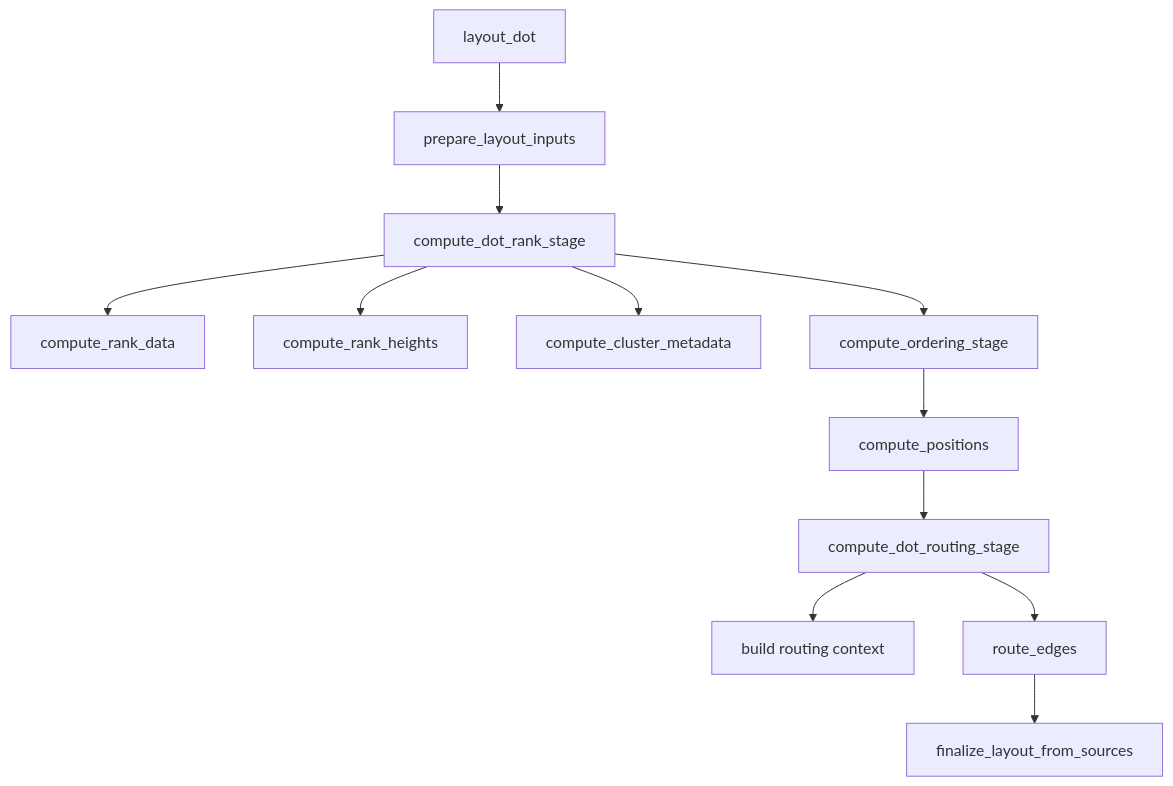
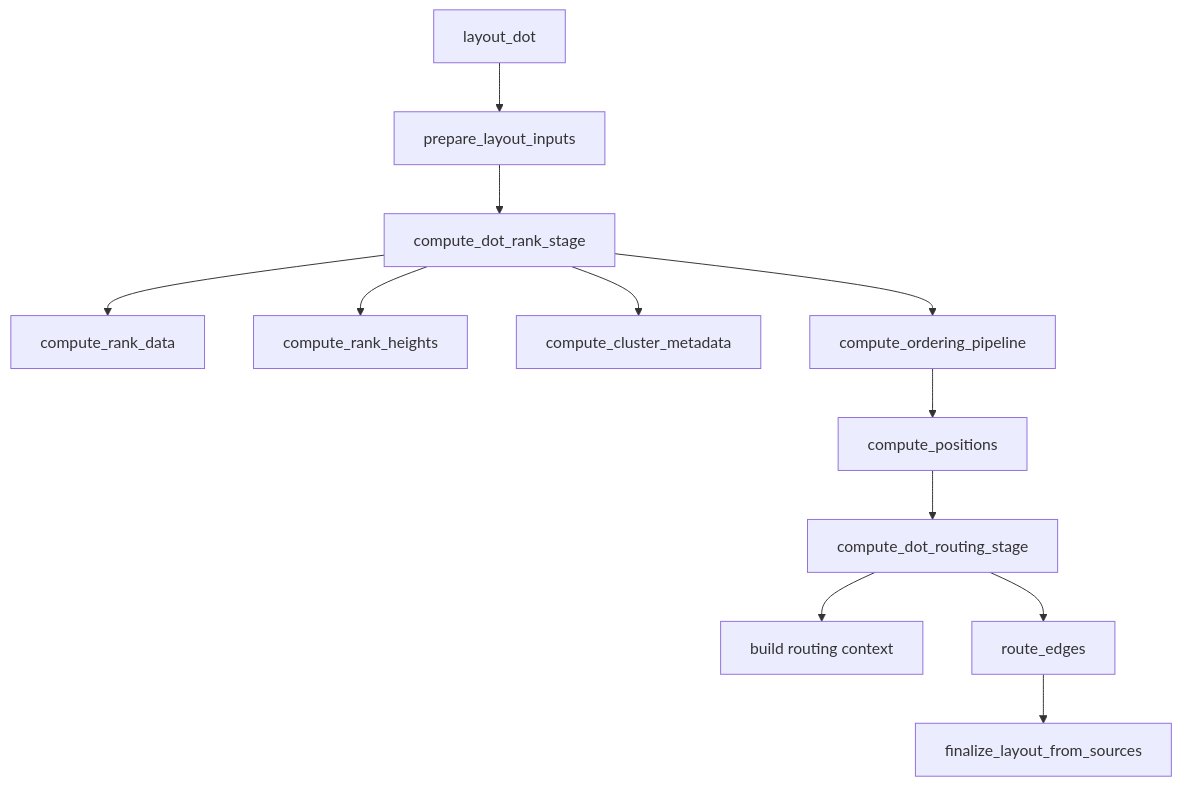
The first of 3 diagrams in src/layout/dot/DOT_LAYOUT_ALGORITHM.md (moonbit-community/graphviz), drawn with Mermaid before and after one commit. The commit also changed other lines of this file and 12 other files, not shown here.

Commit message:
refactor(dot): move ordering stage into owner tree

````diff
--- a/src/layout/dot/DOT_LAYOUT_ALGORITHM.md
+++ b/src/layout/dot/DOT_LAYOUT_ALGORITHM.md
@@ -69,14 +69,14 @@
 ```mermaid
 flowchart TD
     A[layout_dot] --> B[prepare_layout_inputs]
     B --> C[compute_dot_rank_stage]
     C --> C1[compute_rank_data]
     C --> C2[compute_rank_heights]
     C --> C3[compute_cluster_metadata]
-    C --> C4[compute_ordering_stage]
+    C --> C4[compute_ordering_pipeline]
     C4 --> D[compute_positions]
     D --> E[compute_dot_routing_stage]
     E --> E1[build routing context]
     E --> E2[route_edges]
     E2 --> F[finalize_layout_from_sources]
 ```
````
